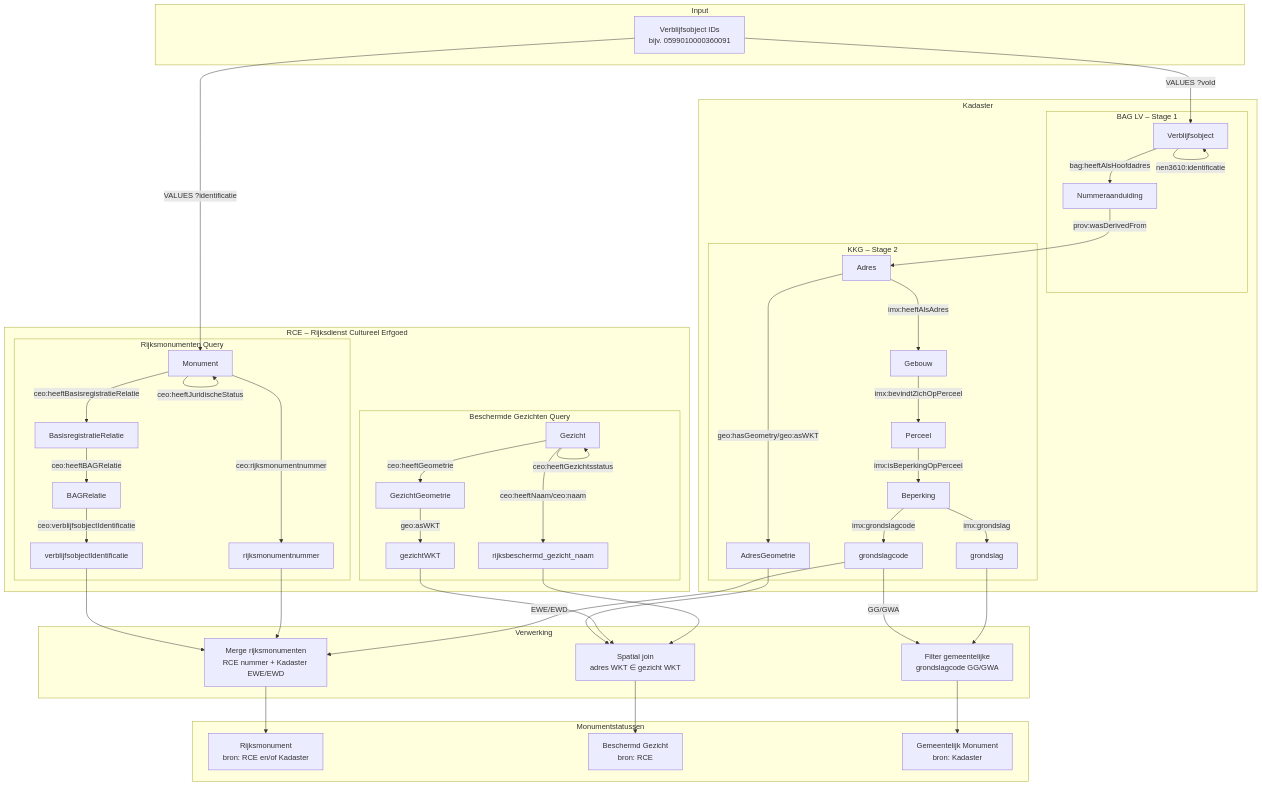
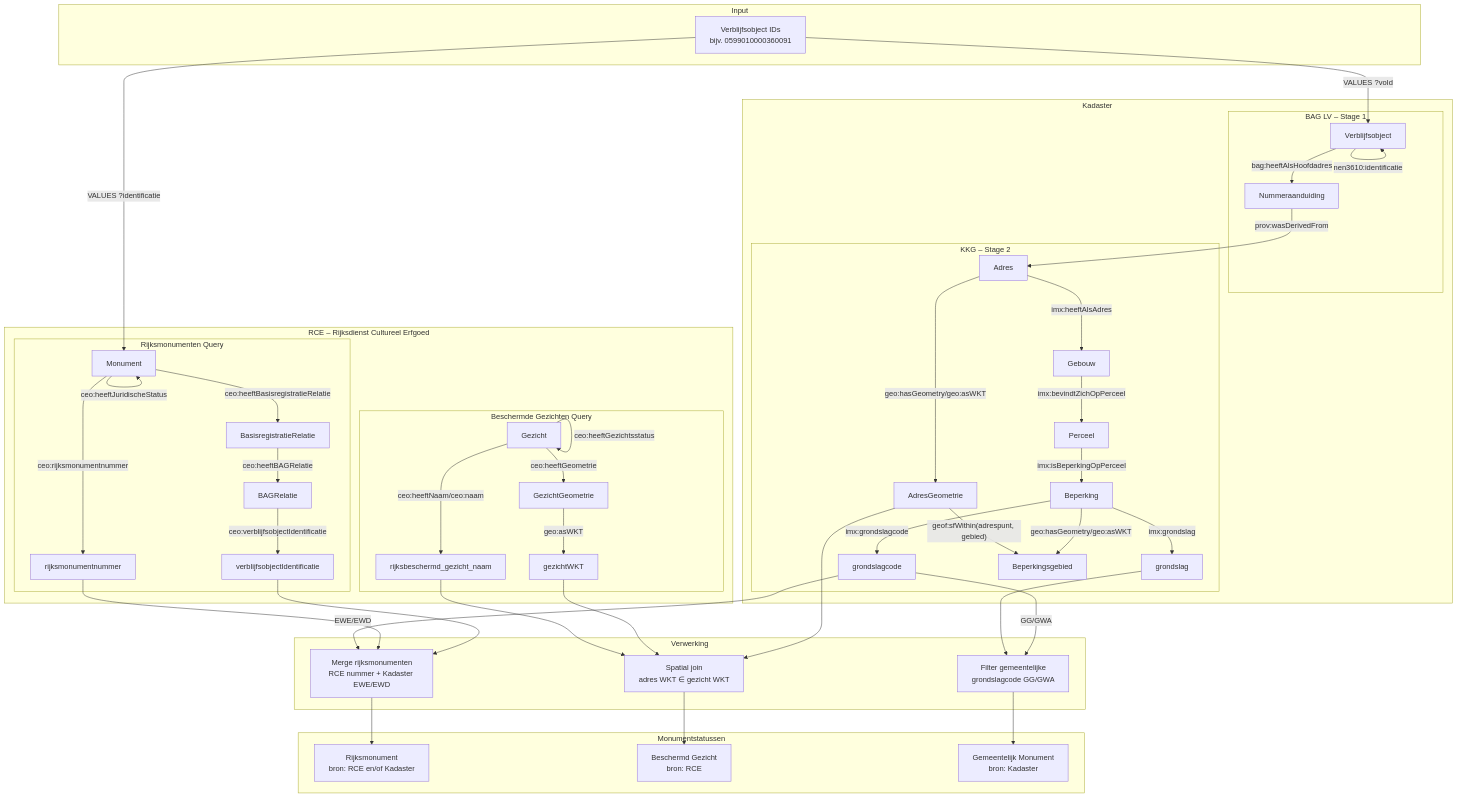
The diagram in README.md (woonstadrotterdam/monumenten), drawn with Mermaid before and after one commit. The commit also changed other lines of this file and 2 other files, not shown here.

First line of the commit message:
fix: tel Kadaster-beperking alleen als adrespunt binnen beperkingsgebied ligt

```diff
--- a/README.md
+++ b/README.md
@@ -87,6 +87,7 @@
             K5["Beperking"]
             K6["grondslagcode"]
             K7["grondslag"]
+            K8["Beperkingsgebied"]
         end
 
     end
@@ -140,6 +141,8 @@
     K4 -->|"imx:isBeperkingOpPerceel"| K5
     K5 -->|"imx:grondslagcode"| K6
     K5 -->|"imx:grondslag"| K7
+    K5 -->|"geo:hasGeometry/geo:asWKT"| K8
+    K2 -->|"geof:sfWithin(adrespunt, gebied)"| K8
 
     %% Processing
     R4 --> P1
```
